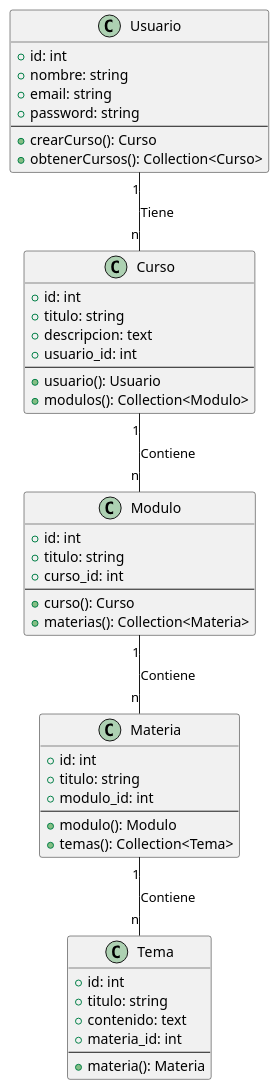
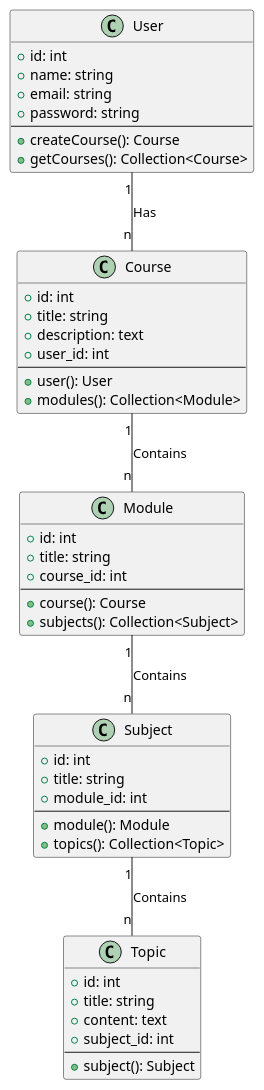
The diagram in diagrama.wsd (S4ntifdz/WebCursos), drawn with PlantUML before and after one commit. The commit also changed 11 other files, not shown here.

```diff
--- a/diagrama.wsd
+++ b/diagrama.wsd
@@ -1,53 +1,54 @@
 @startuml diagrama
-class Usuario {
+class User {
   + id: int
-  + nombre: string
+  + name: string
   + email: string
   + password: string
   --
-  + crearCurso(): Curso
-  + obtenerCursos(): Collection<Curso>
+  + createCourse(): Course
+  + getCourses(): Collection<Course>
 }
 
-class Curso {
+class Course {
   + id: int
-  + titulo: string
-  + descripcion: text
-  + usuario_id: int
+  + title: string
+  + description: text
+  + user_id: int
   --
-  + usuario(): Usuario
-  + modulos(): Collection<Modulo>
+  + user(): User
+  + modules(): Collection<Module>
 }
 
-class Modulo {
+class Module {
   + id: int
-  + titulo: string
-  + curso_id: int
+  + title: string
+  + course_id: int
   --
-  + curso(): Curso
-  + materias(): Collection<Materia>
+  + course(): Course
+  + subjects(): Collection<Subject>
 }
 
-class Materia {
+class Subject {
   + id: int
-  + titulo: string
-  + modulo_id: int
+  + title: string
+  + module_id: int
   --
-  + modulo(): Modulo
-  + temas(): Collection<Tema>
+  + module(): Module
+  + topics(): Collection<Topic>
 }
 
-class Tema {
+class Topic {
   + id: int
-  + titulo: string
-  + contenido: text
-  + materia_id: int
+  + title: string
+  + content: text
+  + subject_id: int
   --
-  + materia(): Materia
+  + subject(): Subject
 }
 
-Usuario "1" -- "n" Curso : Tiene
-Curso "1" -- "n" Modulo : Contiene
-Modulo "1" -- "n" Materia : Contiene
-Materia "1" -- "n" Tema : Contiene
+User "1" -- "n" Course : Has
+Course "1" -- "n" Module : Contains
+Module "1" -- "n" Subject : Contains
+Subject "1" -- "n" Topic : Contains
+
 @enduml
```
